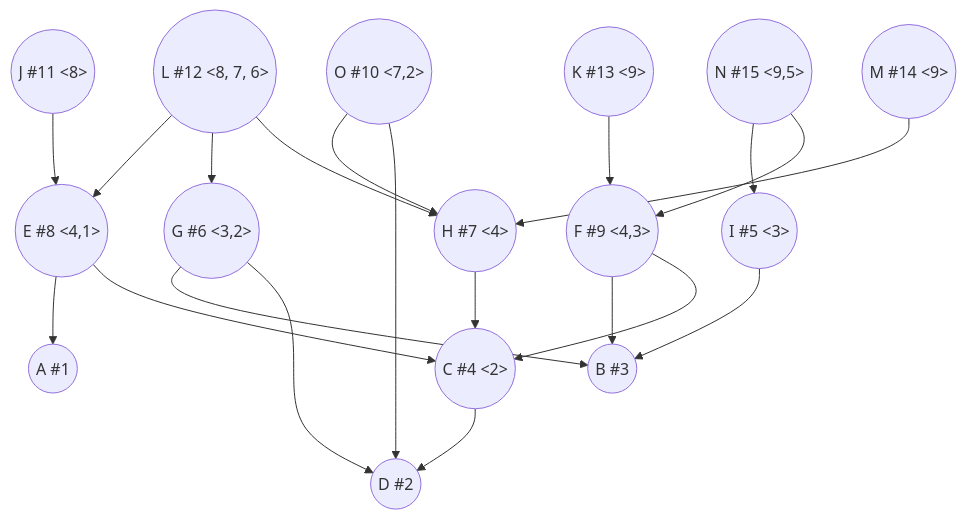
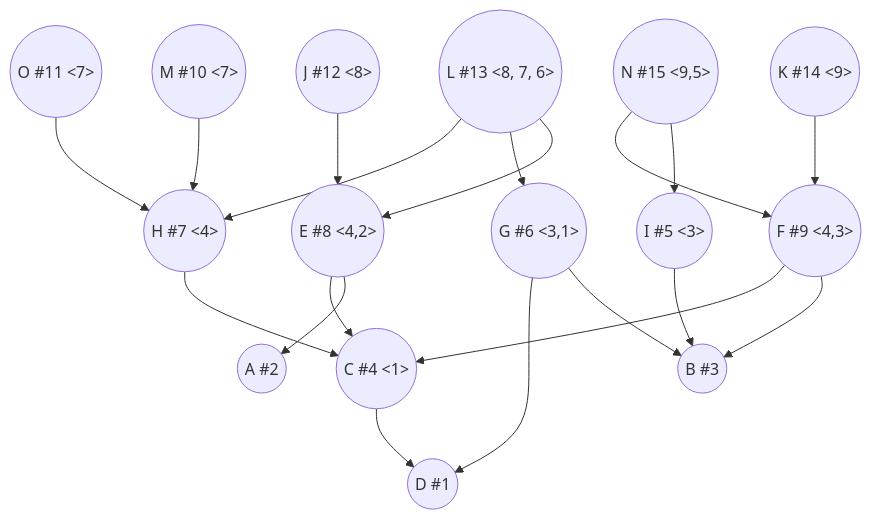
The third of 4 diagrams in task-7/green.md (hse-algo-24-raven/manual-tasks-raven), drawn with Mermaid before and after one commit. The commit also changed other lines of this file, not shown here.

````diff
--- a/task-7/green.md
+++ b/task-7/green.md
@@ -43,22 +69,21 @@
 ```mermaid
 graph TB
-J((J #11 <8>))-->E
-K((K #13 <9>))-->F
-L((L #12 <8, 7, 6>))-->E
+J((J #12 <8>))-->E
+K((K #14 <9>))-->F
+L((L #13 <8, 7, 6>))-->E
 L-->G
 L-->H
-M((M #14 <9>))-->H
+M((M #10 <7>))-->H
 N((N #15 <9,5>))-->I
 N-->F
-O((O #10 <7,2>))-->H
-O-->D((D #2))
-E((E #8 <4,1>))-->A((A #1))
+O((O #11 <7>))-->H
+E((E #8 <4,2>))-->A((A #2))
 E-->C
 F((F #9 <4,3>))-->B((B #3))
 F-->C
-G((G #6 <3,2>))-->B
-G-->D
+G((G #6 <3,1>))-->B
+G-->D((D #1))
 H((H #7 <4>))-->C
 I((I #5 <3>))-->B
-C((C #4 <2>))-->D
+C((C #4 <1>))-->D
 ```
````
